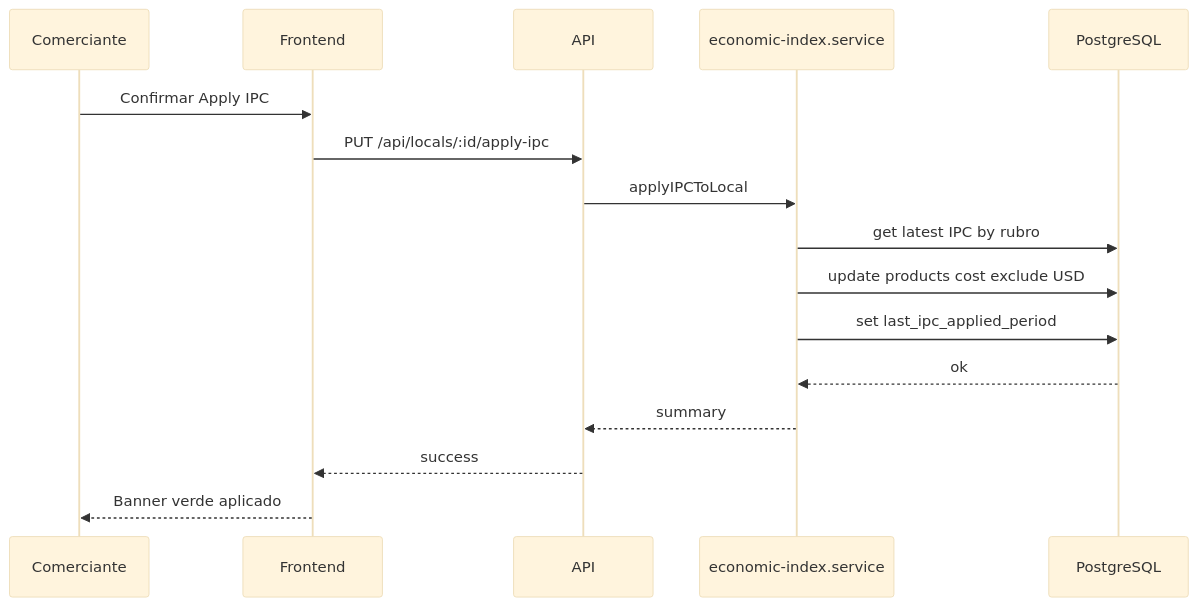
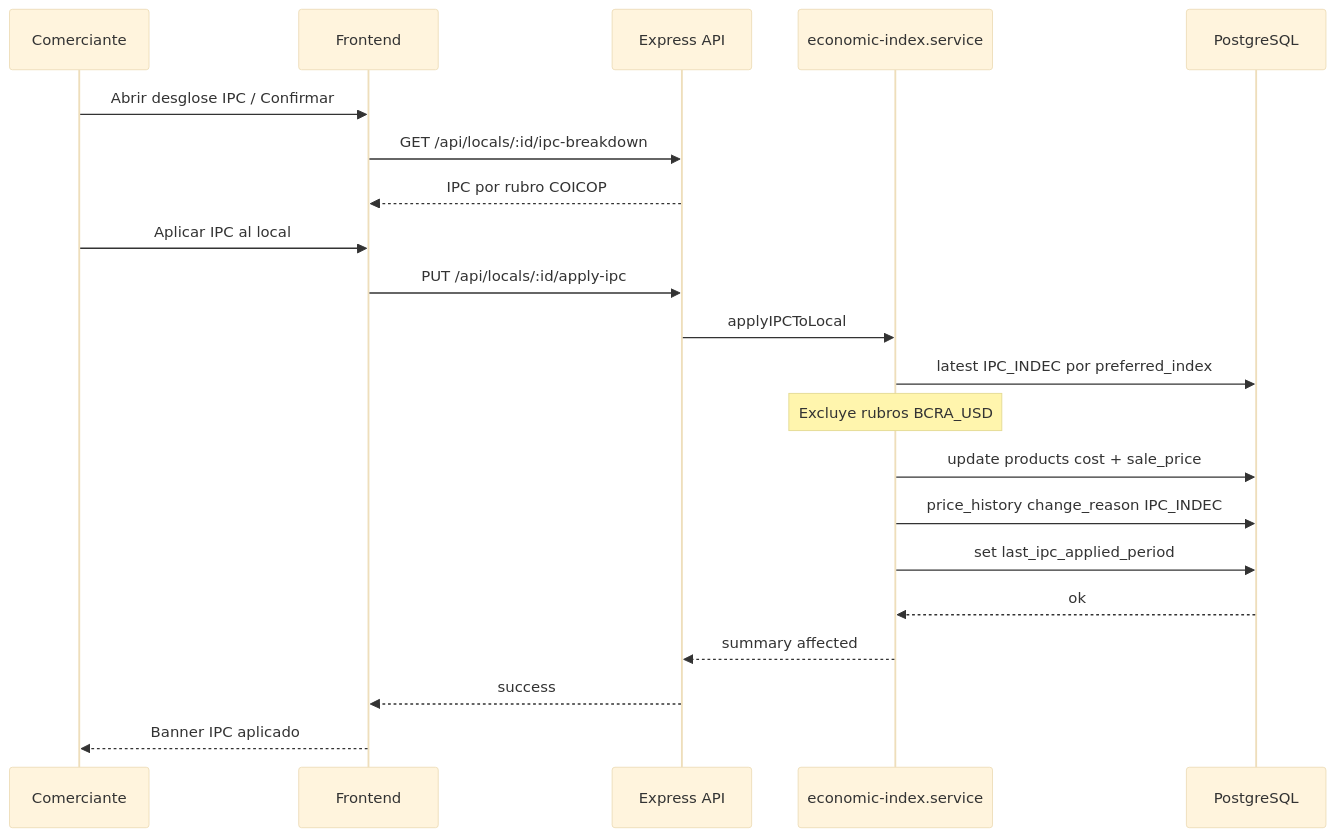
Before and after one commit to ELautax/PreciosYa: the diagram in docs/entrega/assets/uml-seq-ipc.mmd, drawn with Mermaid (base theme). The commit also changed 51 other files, not shown here.

```diff
--- a/docs/entrega/assets/uml-seq-ipc.mmd
+++ b/docs/entrega/assets/uml-seq-ipc.mmd
@@ -1,17 +1,22 @@
 sequenceDiagram
   participant U as Comerciante
   participant Web as Frontend
-  participant API as API
+  participant API as Express API
   participant Econ as economic-index.service
   participant DB as PostgreSQL
 
-  U->>Web: Confirmar Apply IPC
+  U->>Web: Abrir desglose IPC / Confirmar
+  Web->>API: GET /api/locals/:id/ipc-breakdown
+  API-->>Web: IPC por rubro COICOP
+  U->>Web: Aplicar IPC al local
   Web->>API: PUT /api/locals/:id/apply-ipc
   API->>Econ: applyIPCToLocal
-  Econ->>DB: get latest IPC by rubro
-  Econ->>DB: update products cost exclude USD
+  Econ->>DB: latest IPC_INDEC por preferred_index
+  Note over Econ: Excluye rubros BCRA_USD
+  Econ->>DB: update products cost + sale_price
+  Econ->>DB: price_history change_reason IPC_INDEC
   Econ->>DB: set last_ipc_applied_period
   DB-->>Econ: ok
-  Econ-->>API: summary
+  Econ-->>API: summary affected
   API-->>Web: success
-  Web-->>U: Banner verde aplicado
+  Web-->>U: Banner IPC aplicado
```
